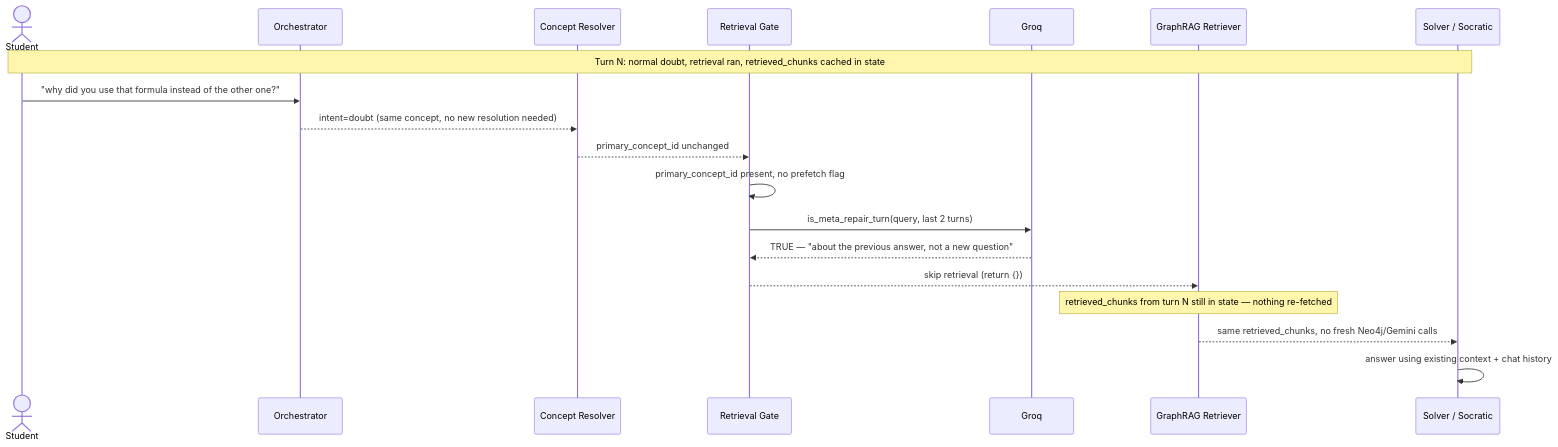
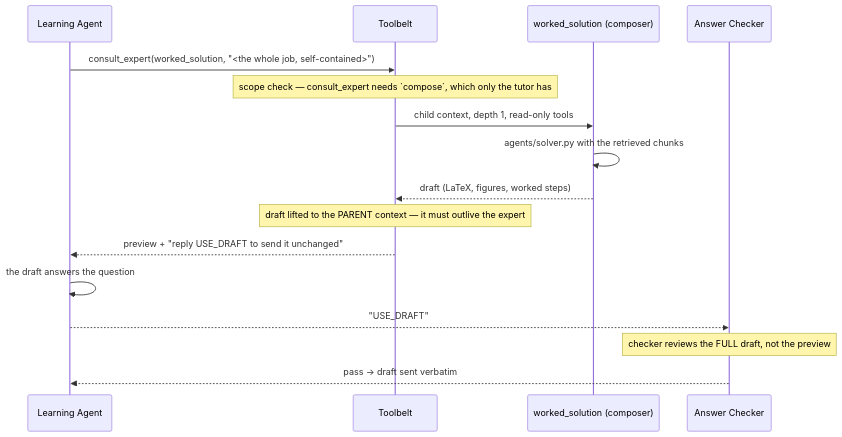
Before and after one commit to KodeinKGP-Technology-Web-3-0-Society/Aeropt-Agent: the fifth of 9 diagrams in README.md, drawn with Mermaid. The commit also changed other lines of this file, not shown here.

First line of the commit message:
docs(agent): rewrite the README for the agent architecture

````diff
--- a/README.md
+++ b/README.md
@@ -482,22 +639,20 @@
 ```mermaid
 sequenceDiagram
-    actor Student
-    participant Orch as Orchestrator
-    participant CR as Concept Resolver
-    participant Gate as Retrieval Gate
-    participant Groq
-    participant GR as GraphRAG Retriever
-    participant Resp as Solver / Socratic
+    participant LA as Learning Agent
+    participant Belt as Toolbelt
+    participant WS as worked_solution (composer)
+    participant AC as Answer Checker
 
-    Note over Student,Resp: Turn N: normal doubt, retrieval ran, retrieved_chunks cached in state
-    Student->>Orch: "why did you use that formula instead of the other one?"
-    Orch-->>CR: intent=doubt (same concept, no new resolution needed)
-    CR-->>Gate: primary_concept_id unchanged
-    Gate->>Gate: primary_concept_id present, no prefetch flag
-    Gate->>Groq: is_meta_repair_turn(query, last 2 turns)
-    Groq-->>Gate: TRUE — "about the previous answer, not a new question"
-    Gate-->>GR: skip retrieval (return {})
-    Note over GR: retrieved_chunks from turn N still in state — nothing re-fetched
-    GR-->>Resp: same retrieved_chunks, no fresh Neo4j/Gemini calls
-    Resp->>Resp: answer using existing context + chat history
+    LA->>Belt: consult_expert(worked_solution, "<the whole job, self-contained>")
+    Note over Belt: scope check — consult_expert needs `compose`, which only the tutor has
+    Belt->>WS: child context, depth 1, read-only tools
+    WS->>WS: agents/solver.py with the retrieved chunks
+    WS-->>Belt: draft (LaTeX, figures, worked steps)
+    Note over Belt: draft lifted to the PARENT context — it must outlive the expert
+    Belt-->>LA: preview + "reply USE_DRAFT to send it unchanged"
+
+    LA->>LA: the draft answers the question
+    LA-->>AC: "USE_DRAFT"
+    Note over AC: checker reviews the FULL draft, not the preview
+    AC-->>LA: pass → draft sent verbatim
 ```
````
